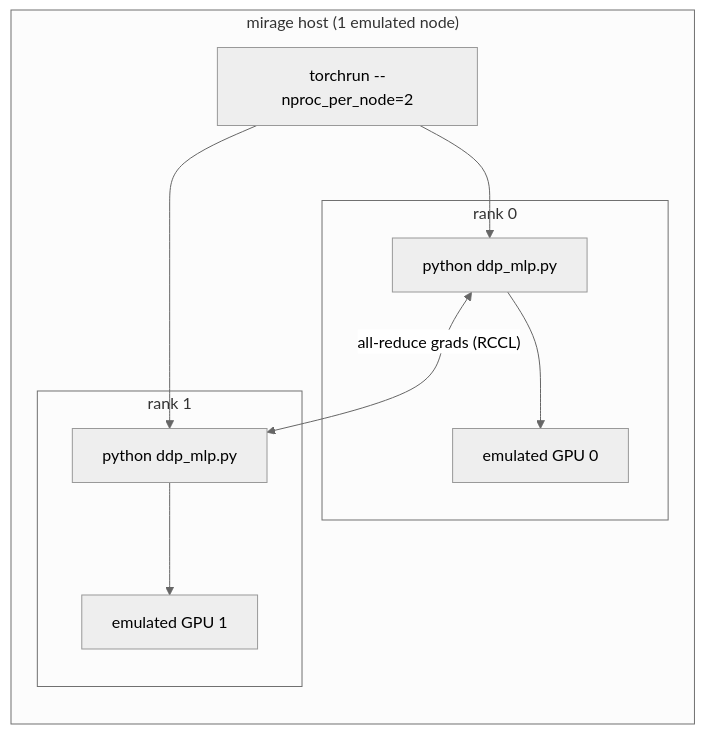
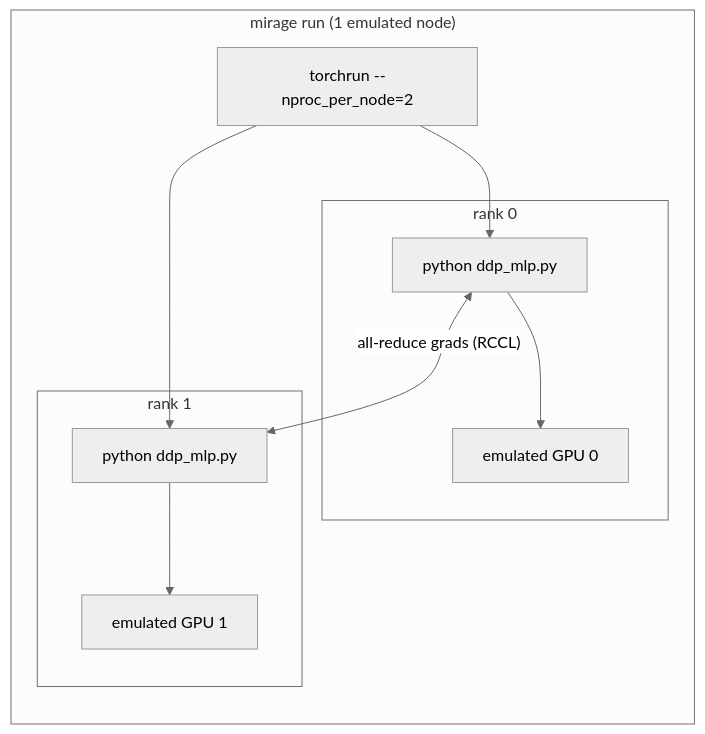
Before and after one commit to ROCm/rocm-systems: the diagram in emulation/mirage/docs/ddp-training.md, drawn with Mermaid (neutral theme). The commit also changed other lines of this file and 148 other files, not shown here.

````diff
--- a/emulation/mirage/docs/ddp-training.md
+++ b/emulation/mirage/docs/ddp-training.md
@@ -47,15 +47,15 @@
 ```mermaid
 flowchart LR
-  subgraph host["mirage host (1 emulated node)"]
+  subgraph host["mirage run (1 emulated node)"]
     tr["torchrun --nproc_per_node=2"]
     subgraph r0["rank 0"]
       p0["python ddp_mlp.py"] --> g0["emulated GPU 0"]
     end
     subgraph r1["rank 1"]
       p1["python ddp_mlp.py"] --> g1["emulated GPU 1"]
     end
     tr --> p0
     tr --> p1
     p0 <-- "all-reduce grads (RCCL)" --> p1
   end
 ```
````
